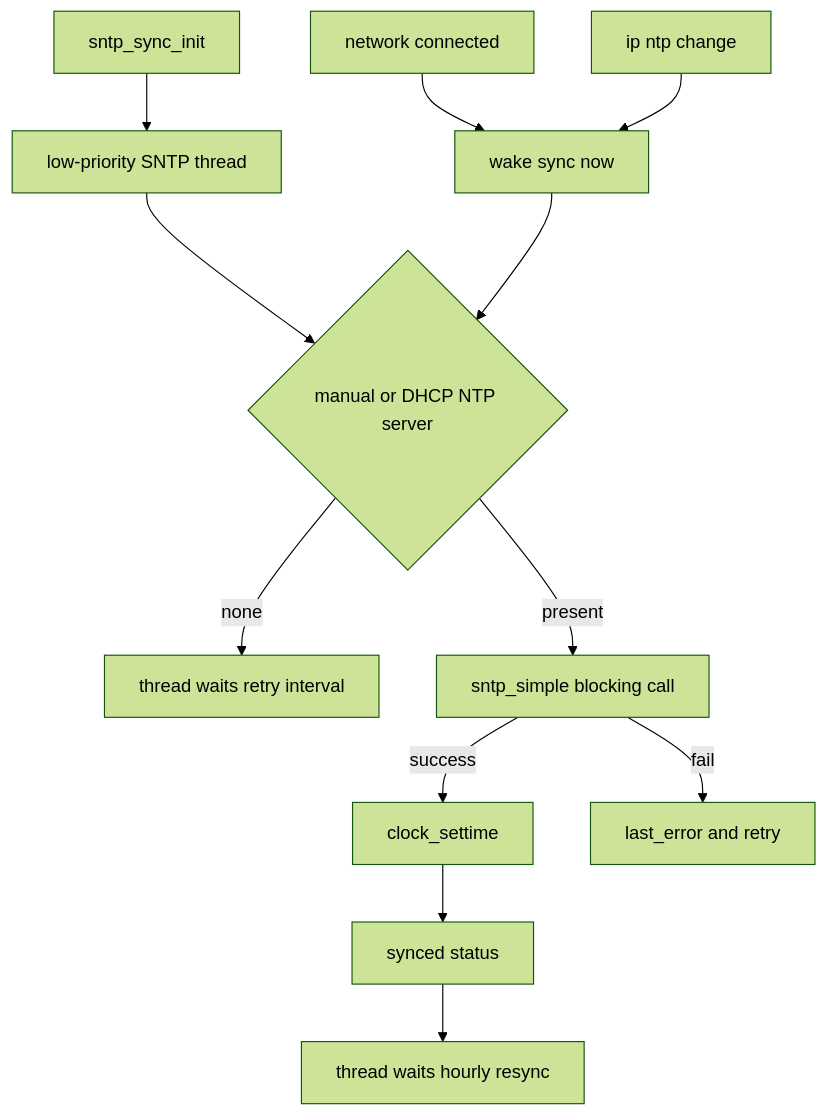
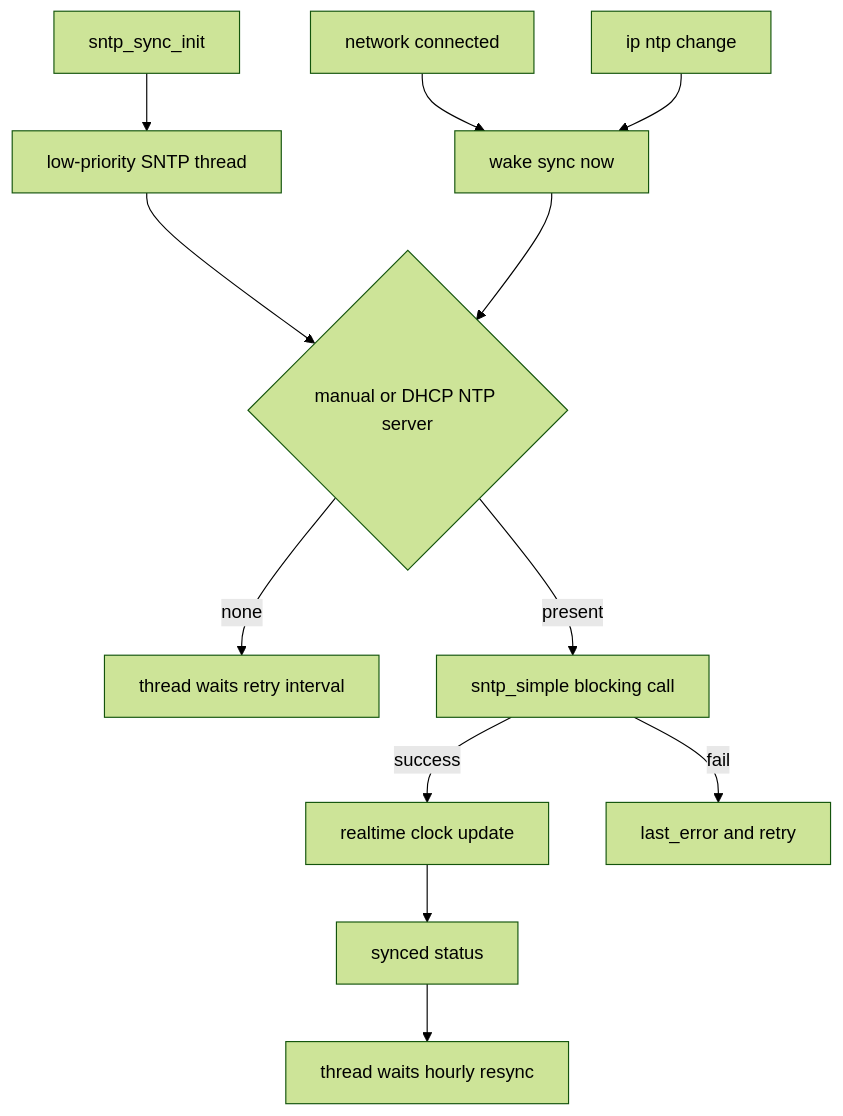
One commit to COO-Utilities/hispec-tib changed diagram 17 of 22 in doc/diagrams.md. Above: the diagram before and after it, drawn with Mermaid (forest theme). The commit also changed 6 other files, not shown here.

Commit message:
Use Zephyr realtime clock APIs

````diff
--- a/doc/diagrams.md
+++ b/doc/diagrams.md
@@ -339,14 +339,14 @@
 ```mermaid
 flowchart TD
   Init[sntp_sync_init] --> Thread[low-priority SNTP thread]
   Network[network connected] --> Wake[wake sync now]
   IPSet[ip ntp change] --> Wake
   Thread --> Server{manual or DHCP NTP server}
   Wake --> Server
   Server -- none --> Retry[thread waits retry interval]
   Server -- present --> SNTP[sntp_simple blocking call]
-  SNTP -- success --> Clock[clock_settime]
+  SNTP -- success --> Clock[realtime clock update]
   Clock --> Status[synced status]
   Status --> Resync[thread waits hourly resync]
   SNTP -- fail --> Error[last_error and retry]
 ```
````
